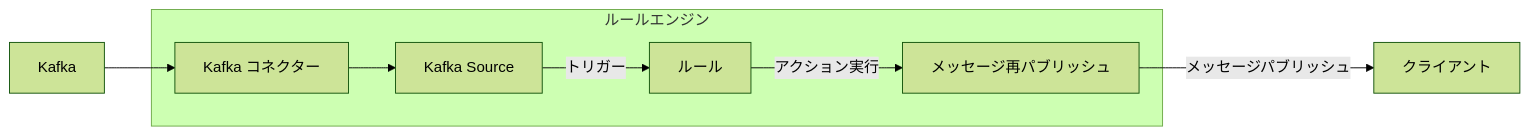
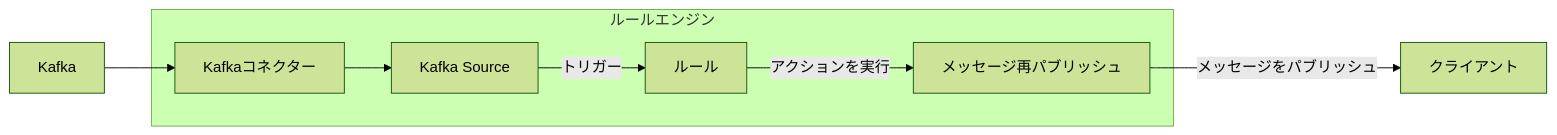
The second of 2 diagrams in ja_JP/data-integration/data-bridges.md (emqx/emqx-docs), drawn with Mermaid (forest theme) before and after one commit. The commit also changed other lines of this file and 25 other files, not shown here.

````diff
--- a/ja_JP/data-integration/data-bridges.md
+++ b/ja_JP/data-integration/data-bridges.md
@@ -62,11 +62,11 @@
 ```mermaid
 graph LR
-  A[Kafka] --> B[Kafka コネクター]
+  A[Kafka] --> B[Kafkaコネクター]
   subgraph ルールエンジン
     B --> C[Kafka Source]
     C -->  |トリガー| D[ルール]
-    D -->  |アクション実行| D1[メッセージ再パブリッシュ]
+    D -->  |アクションを実行| D1[メッセージ再パブリッシュ]
   end
 
-D1 -->|メッセージパブリッシュ| E[クライアント]
+D1 -->|メッセージをパブリッシュ| E[クライアント]
 ```
````
